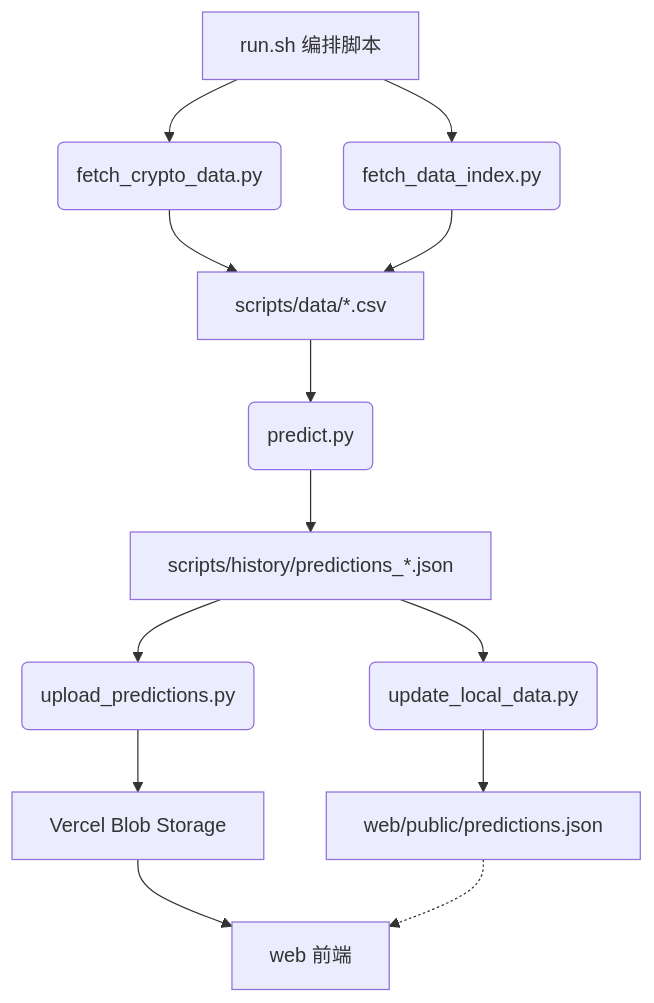
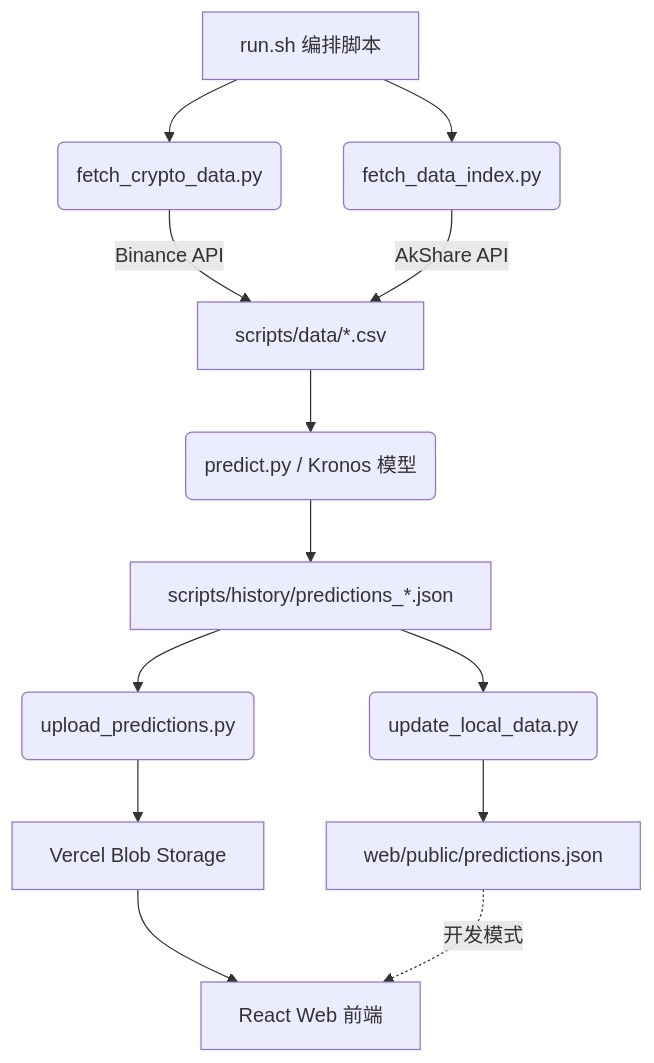
Before and after one commit to kuhung/k-online: the diagram in README.md, drawn with Mermaid. The commit also changed other lines of this file and 4 other files, not shown here.

````diff
--- a/README.md
+++ b/README.md
@@ -22,15 +65,15 @@
 ```mermaid
 graph TD;
     A[run.sh 编排脚本] --> B1(fetch_crypto_data.py);
     A --> B2(fetch_data_index.py);
-    B1 --> C[scripts/data/*.csv];
-    B2 --> C;
-    C --> D(predict.py);
+    B1 -- Binance API --> C[scripts/data/*.csv];
+    B2 -- AkShare API --> C;
+    C --> D(predict.py / Kronos 模型);
     D --> E[scripts/history/predictions_*.json];
     E --> F1(update_local_data.py);
     E --> F2(upload_predictions.py);
     F1 --> G[web/public/predictions.json];
     F2 --> H[Vercel Blob Storage];
-    H --> I[web 前端];
-    G -.-> I;
+    H --> I[React Web 前端];
+    G -.开发模式.-> I;
 ```
````
